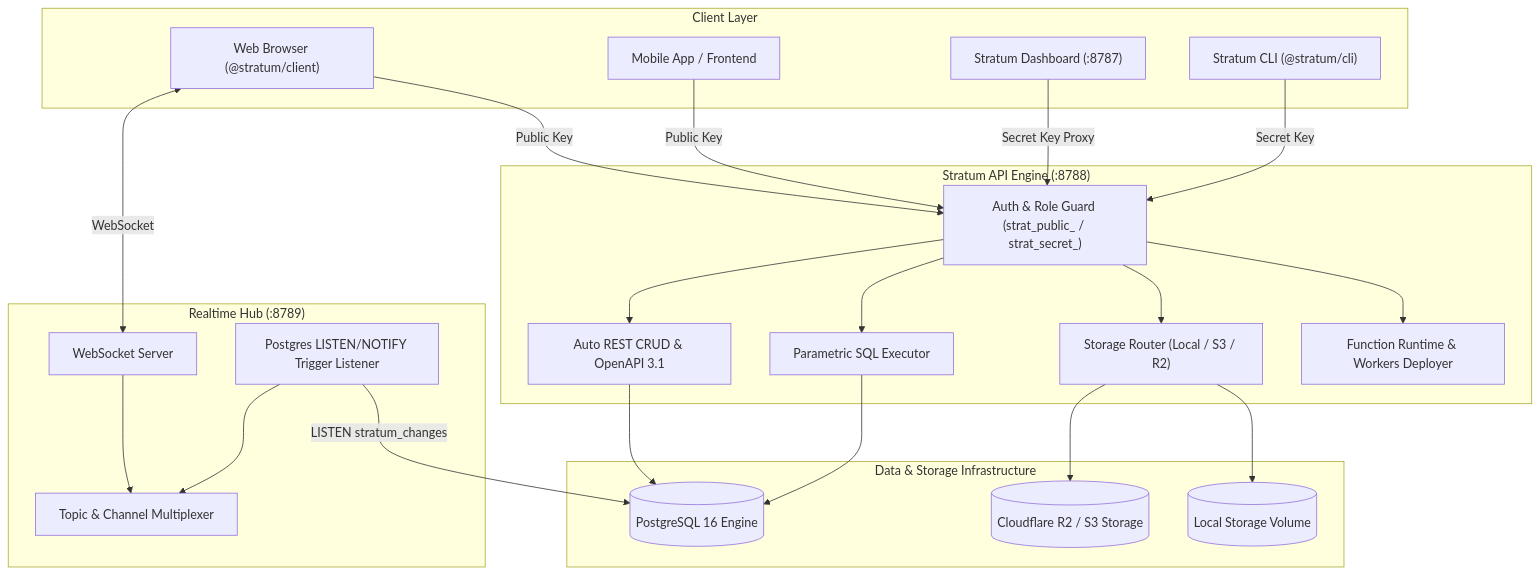
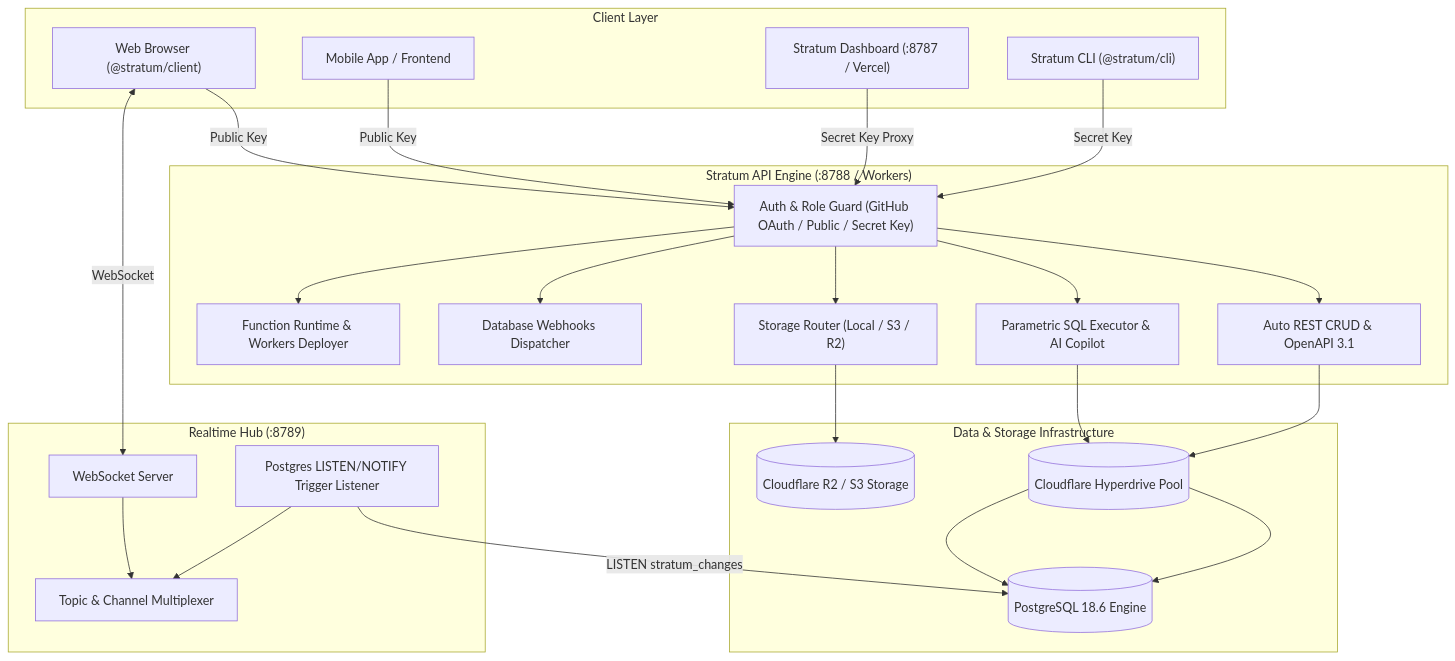
Before and after one commit to jojin1709/Stratum: the diagram in README.md, drawn with Mermaid. The commit also changed other lines of this file and 1 other file, not shown here.

````diff
--- a/README.md
+++ b/README.md
@@ -87,49 +88,50 @@
 ```mermaid
 flowchart TB
     subgraph Clients["Client Layer"]
         Browser["Web Browser (@stratum/client)"]
         Mobile["Mobile App / Frontend"]
-        Console["Stratum Dashboard (:8787)"]
+        Console["Stratum Dashboard (:8787 / Vercel)"]
         CLI["Stratum CLI (@stratum/cli)"]
     end
 
-    subgraph Gateway["Stratum API Engine (:8788)"]
-        Auth["Auth & Role Guard (strat_public_ / strat_secret_)"]
+    subgraph Gateway["Stratum API Engine (:8788 / Workers)"]
+        Auth["Auth & Role Guard (GitHub OAuth / Public / Secret Key)"]
         REST["Auto REST CRUD & OpenAPI 3.1"]
-        SQL["Parametric SQL Executor"]
+        SQL["Parametric SQL Executor & AI Copilot"]
         StorageEngine["Storage Router (Local / S3 / R2)"]
+        WebhooksEngine["Database Webhooks Dispatcher"]
         FnRuntime["Function Runtime & Workers Deployer"]
     end
 
     subgraph RealtimeLayer["Realtime Hub (:8789)"]
         WSServer["WebSocket Server"]
         CDCListener["Postgres LISTEN/NOTIFY Trigger Listener"]
         PubSub["Topic & Channel Multiplexer"]
     end
 
     subgraph DataPlane["Data & Storage Infrastructure"]
-        Postgres[(PostgreSQL 16 Engine)]
+        Postgres[(PostgreSQL 18.6 Engine)]
+        Hyperdrive[(Cloudflare Hyperdrive Pool)]
         R2Storage[("Cloudflare R2 / S3 Storage")]
-        LocalDisk[("Local Storage Volume")]
     end
 
     Browser -->|Public Key| Auth
     Mobile -->|Public Key| Auth
     Console -->|Secret Key Proxy| Auth
     CLI -->|Secret Key| Auth
 
     Auth --> REST
     Auth --> SQL
     Auth --> StorageEngine
+    Auth --> WebhooksEngine
     Auth --> FnRuntime
 
-    REST --> Postgres
-    SQL --> Postgres
+    REST --> Hyperdrive --> Postgres
+    SQL --> Hyperdrive --> Postgres
     CDCListener -->|LISTEN stratum_changes| Postgres
     StorageEngine --> R2Storage
-    StorageEngine --> LocalDisk
 
     WSServer --> PubSub
     CDCListener --> PubSub
     Browser <-->|WebSocket| WSServer
 ```
````
